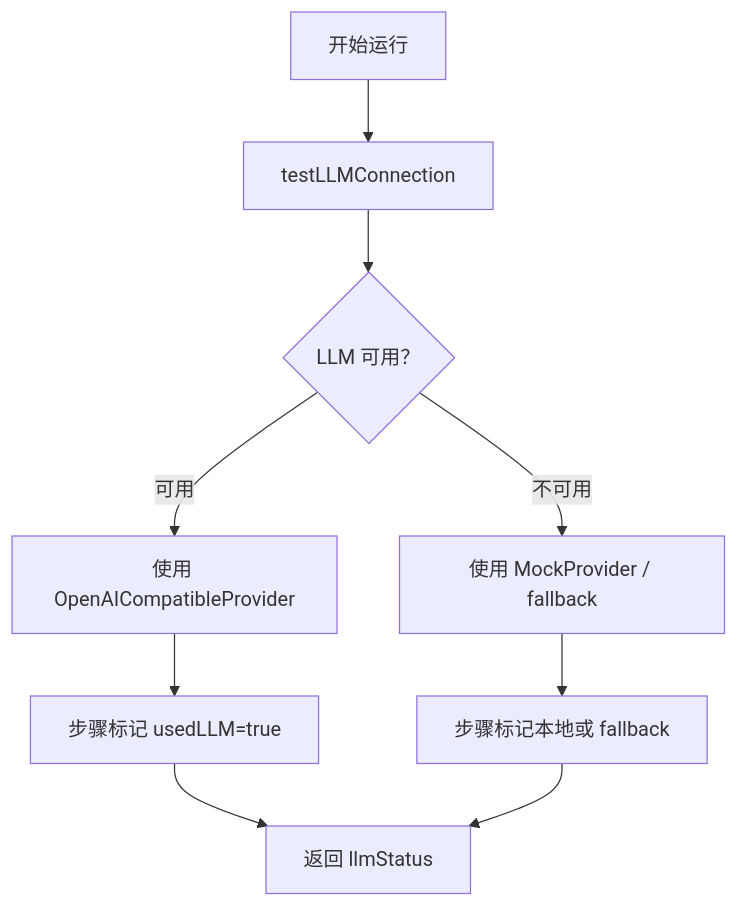
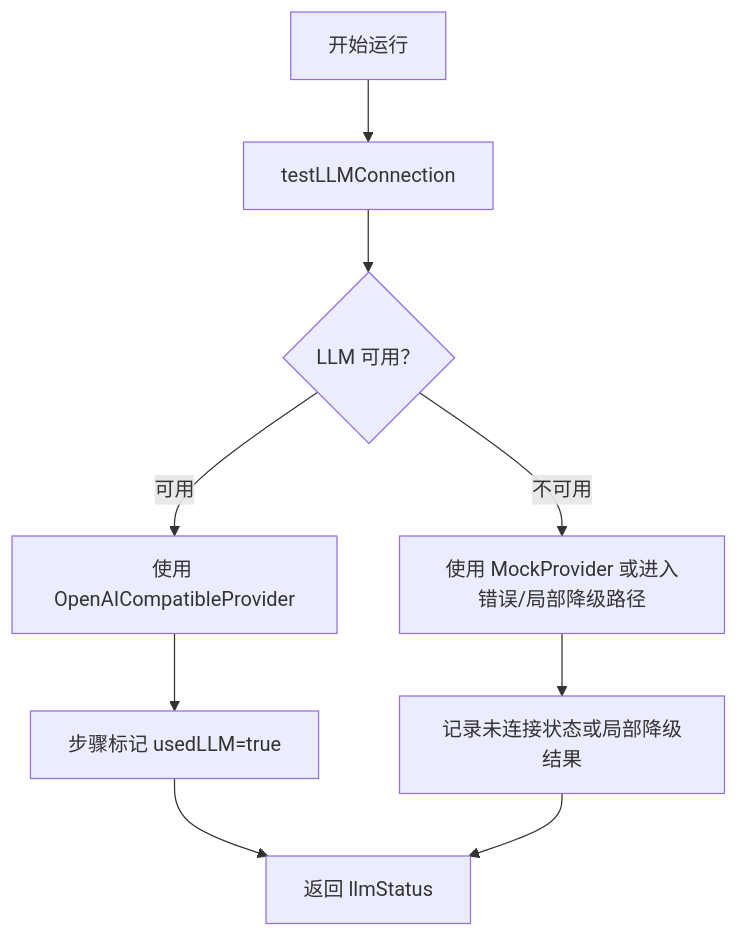
One commit to YinL04/Daily-tasks-Agent-assistant changed diagram 14 of 16 in docs/AGENT_ENGINEERING.md. Above: the diagram before and after it, drawn with Mermaid. The commit also changed other lines of this file and 18 other files, not shown here.

````diff
--- a/docs/AGENT_ENGINEERING.md
+++ b/docs/AGENT_ENGINEERING.md
@@ -629,11 +686,11 @@
 ```mermaid
 flowchart TD
   A["开始运行"] --> B["testLLMConnection"]
   B --> C{"LLM 可用？"}
   C -->|可用| D["使用 OpenAICompatibleProvider"]
-  C -->|不可用| E["使用 MockProvider / fallback"]
+  C -->|不可用| E["使用 MockProvider 或进入错误/局部降级路径"]
   D --> F["步骤标记 usedLLM=true"]
-  E --> G["步骤标记本地或 fallback"]
+  E --> G["记录未连接状态或局部降级结果"]
   F --> H["返回 llmStatus"]
   G --> H
 ```
````
